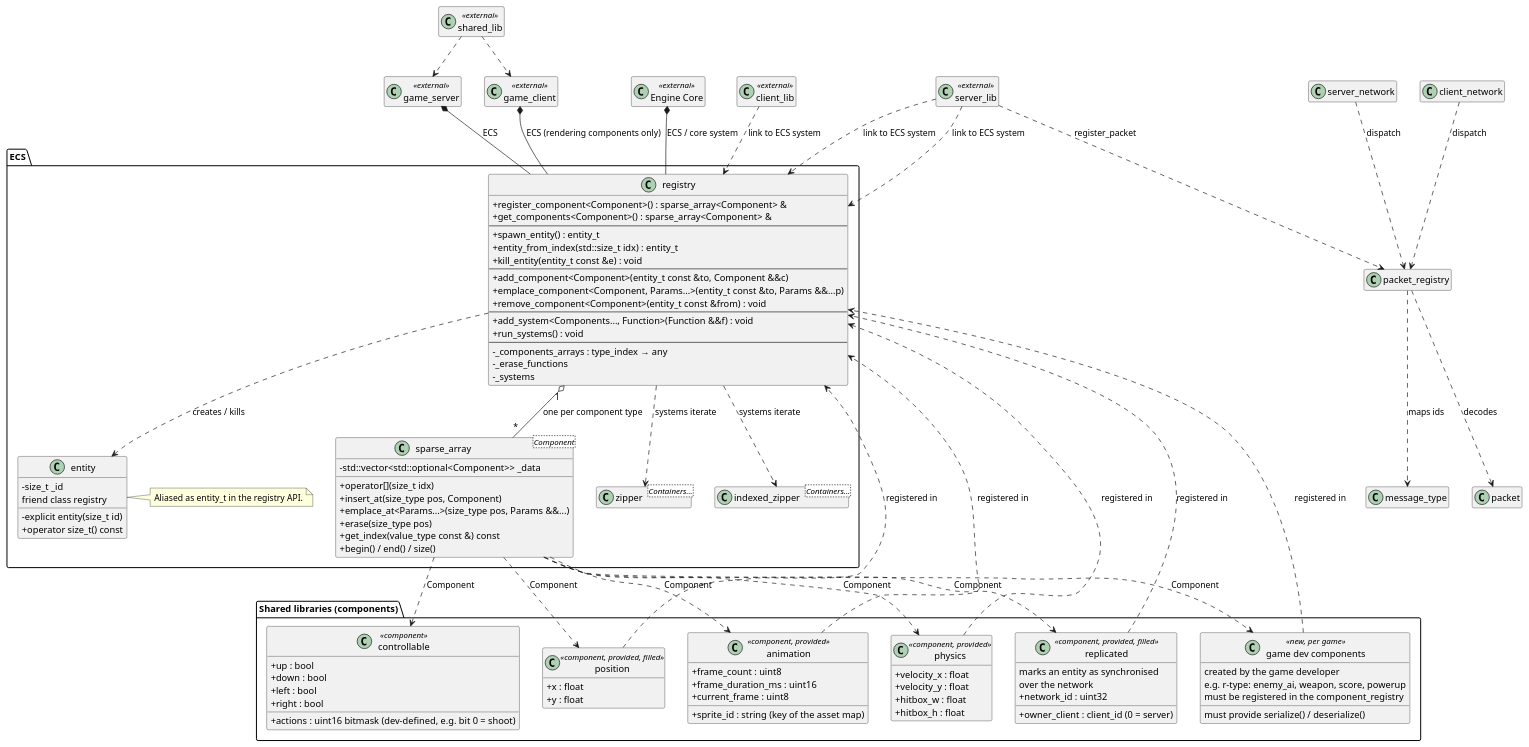
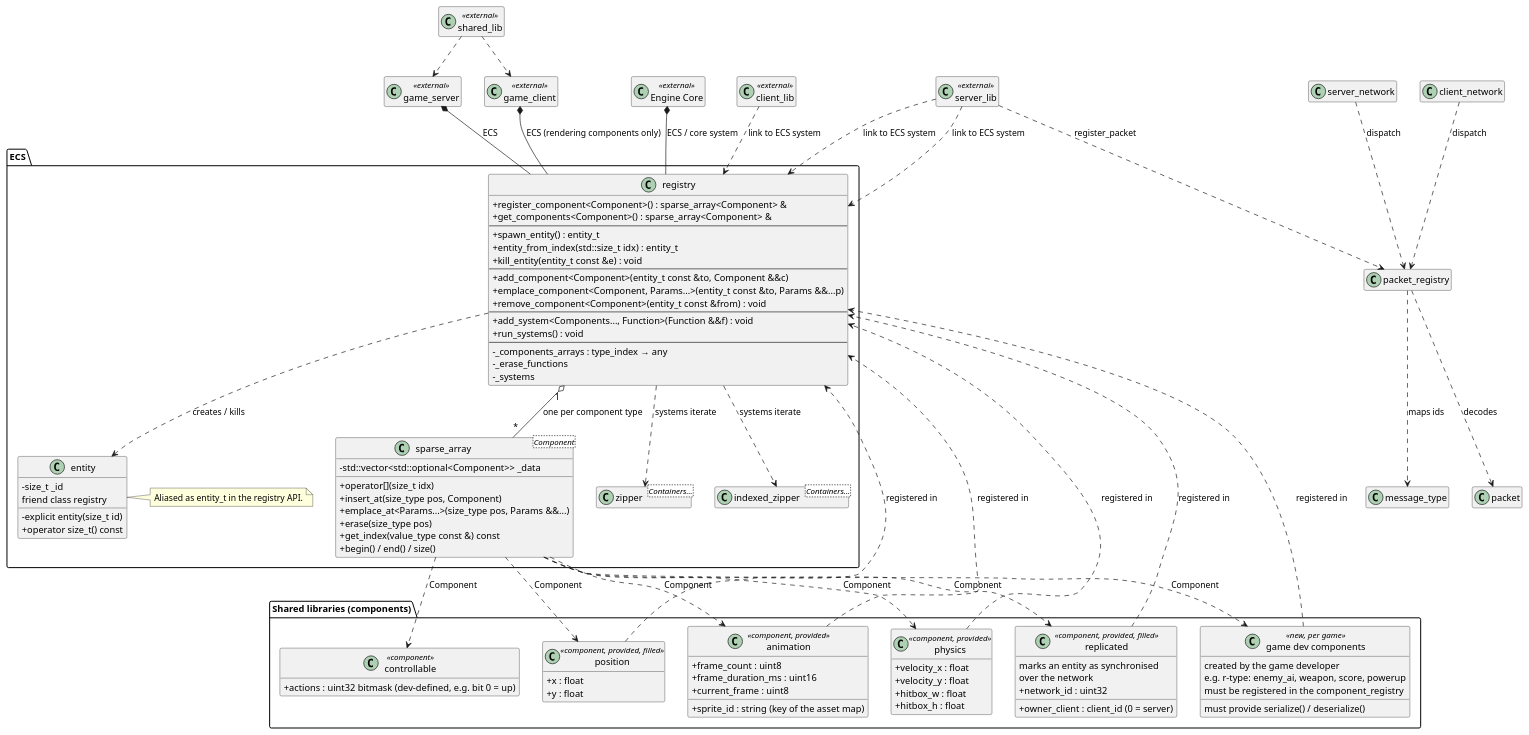
Before and after one commit to aludnier/R-Type_Mirror: the diagram in docs/architecture/02_ecs_components.puml, drawn with PlantUML. The commit also changed 6 other files, not shown here.

First line of the commit message:
refactor(network): make directions game-defined actions

```diff
--- a/docs/architecture/02_ecs_components.puml
+++ b/docs/architecture/02_ecs_components.puml
@@ -1,138 +1,134 @@
 @startuml ecs_components
 skinparam classAttributeIconSize 0
 skinparam shadowing false
 hide empty members
 
 ' External references
 class "Engine Core" as engine_core <<external>>
 class game_server <<external>>
 class game_client <<external>>
 class server_lib <<external>>
 class client_lib <<external>>
 class shared_lib <<external>>
 ' ECS
 ' ===============================================================
 package "ECS" {
     class entity {
         - size_t _id
         - explicit entity(size_t id)
         + operator size_t() const
         friend class registry
     }
 
     note right of entity
       Aliased as entity_t in the registry API.
     end note
 
     class "sparse_array<Component>" as sparse_array {
         - std::vector<std::optional<Component>> _data
         + operator[](size_t idx)
         + insert_at(size_type pos, Component)
         + emplace_at<Params...>(size_type pos, Params &&...)
         + erase(size_type pos)
         + get_index(value_type const &) const
         + begin() / end() / size()
     }
 
     class registry {
         + register_component<Component>() : sparse_array<Component> &
         + get_components<Component>() : sparse_array<Component> &
         --
         + spawn_entity() : entity_t
         + entity_from_index(std::size_t idx) : entity_t
         + kill_entity(entity_t const &e) : void
         --
         + add_component<Component>(entity_t const &to, Component &&c)
         + emplace_component<Component, Params...>(entity_t const &to, Params &&...p)
         + remove_component<Component>(entity_t const &from) : void
         --
         + add_system<Components..., Function>(Function &&f) : void
         + run_systems() : void
         --
         - _components_arrays : type_index → any
         - _erase_functions
         - _systems
     }
 
     class "zipper<Containers...>" as zipper
     class "indexed_zipper<Containers...>" as indexed_zipper
 }
 
 ' ===============================================================
 ' Shared libraries: components
 ' ===============================================================
 package "Shared libraries (components)" {
     class "game dev components" as dev_components <<new, per game>> {
         created by the game developer
         e.g. r-type: enemy_ai, weapon, score, powerup
         must provide serialize() / deserialize()
         must be registered in the component_registry
     }
 
     class controllable <<component>> {
-        + up : bool
-        + down : bool
-        + left : bool
-        + right : bool
-        + actions : uint16 bitmask (dev-defined, e.g. bit 0 = shoot)
+        + actions : uint32 bitmask (dev-defined, e.g. bit 0 = up)
     }
 
     class position <<component, provided, filled>> {
         + x : float
         + y : float
     }
 
     class physics <<component, provided>> {
         + velocity_x : float
         + velocity_y : float
         + hitbox_w : float
         + hitbox_h : float
     }
 
     class animation <<component, provided>> {
         + sprite_id : string (key of the asset map)
         + frame_count : uint8
         + frame_duration_ms : uint16
         + current_frame : uint8
     }
 
     class replicated <<component, provided, filled>> {
         marks an entity as synchronised
         over the network
         + network_id : uint32
         + owner_client : client_id (0 = server)
     }
 }
 
 ' ===============================================================
 ' Cross-view links
 engine_core *-- registry : ECS / core system
 server_lib ..> registry : link to ECS system
 client_lib ..> registry : link to ECS system
 shared_lib ..> game_server
 shared_lib ..> game_client
 registry "1" o-- "*" sparse_array : one per component type
 registry ..> entity : creates / kills
 registry ..> zipper : systems iterate
 registry ..> indexed_zipper : systems iterate
 sparse_array ..> controllable : Component
 sparse_array ..> position : Component
 sparse_array ..> physics : Component
 sparse_array ..> animation : Component
 sparse_array ..> replicated : Component
 sparse_array ..> dev_components : Component
 packet_registry ..> message_type : maps ids
 packet_registry ..> packet : decodes
 game_server *-- registry : ECS
 game_client *-- registry : ECS (rendering components only)
 server_network ..> packet_registry : dispatch
 client_network ..> packet_registry : dispatch
 server_lib ..> registry : link to ECS system
 server_lib ..> packet_registry : register_packet
 dev_components ..> registry : registered in
 physics ..> registry : registered in
 animation ..> registry : registered in
 position ..> registry : registered in
 replicated ..> registry : registered in
 
 @enduml
```
